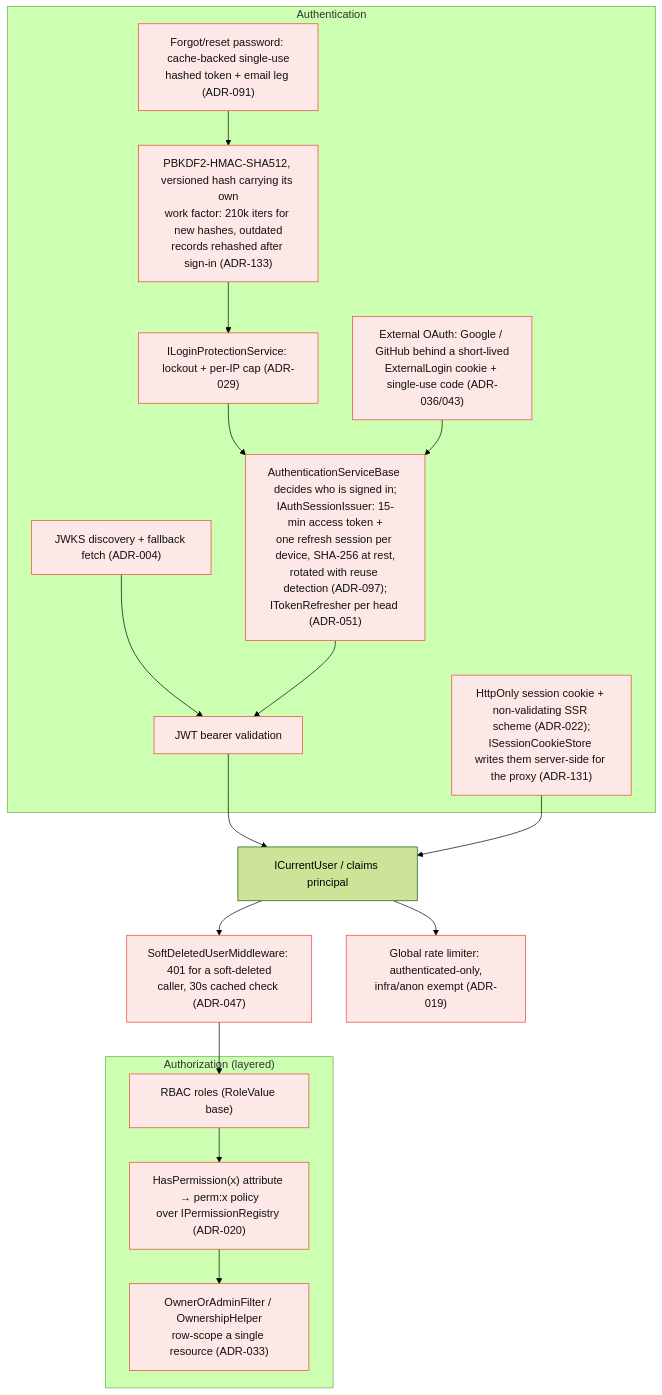
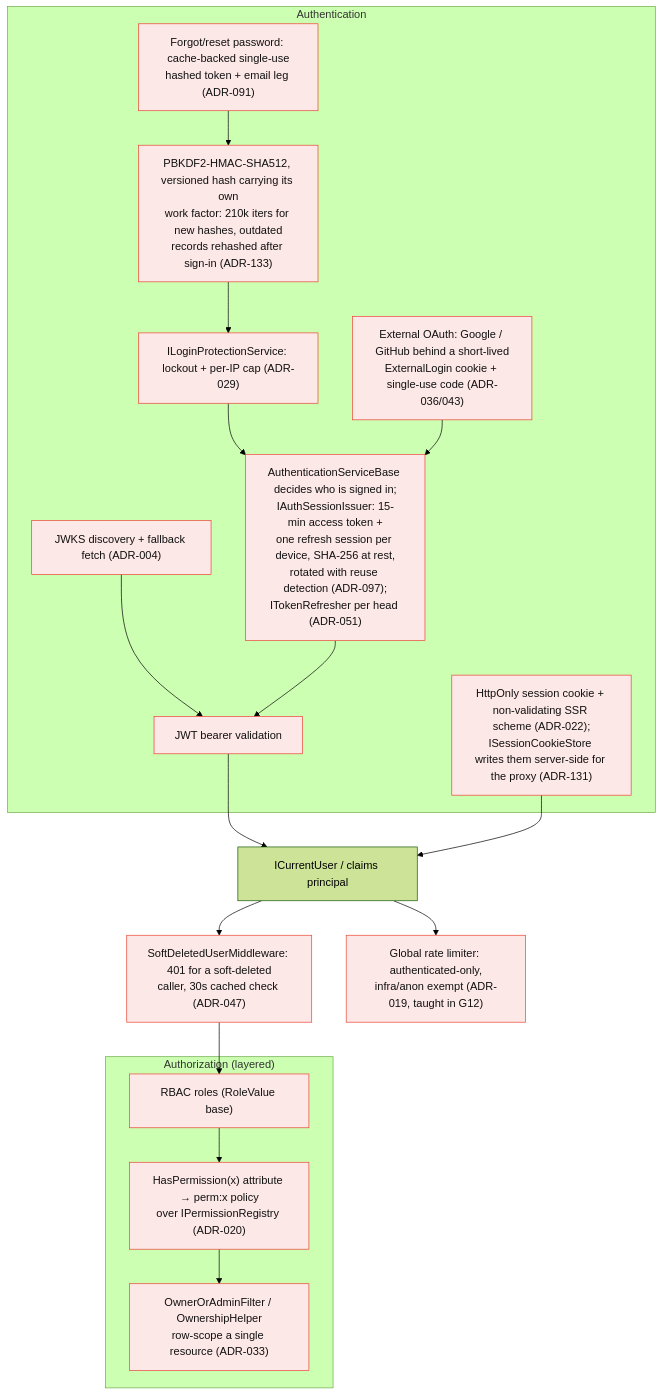
One commit to ivanball/ivanball.github.io changed the ninth of 15 diagrams in docs-src/onboarding/CONCEPT-MAPS.md. Above: the diagram before and after it, drawn with Mermaid (forest theme). The commit also changed other lines of this file and 83 other files, not shown here.

````diff
--- a/docs-src/onboarding/CONCEPT-MAPS.md
+++ b/docs-src/onboarding/CONCEPT-MAPS.md
@@ -558,39 +574,39 @@
 ```mermaid
 flowchart TD
     subgraph AUTHN["Authentication"]
         JWT["JWT bearer validation"]
         JWKS["JWKS discovery + fallback fetch (ADR-004)"]
         COOKIE["HttpOnly session cookie + non-validating SSR scheme (ADR-022);<br/>ISessionCookieStore writes them server-side for the proxy (ADR-131)"]
         HASH["PBKDF2-HMAC-SHA512, versioned hash carrying its own<br/>work factor: 210k iters for new hashes, outdated<br/>records rehashed after sign-in (ADR-133)"]
         LOGIN["ILoginProtectionService: lockout + per-IP cap (ADR-029)"]
         EXT["External OAuth: Google / GitHub behind a short-lived<br/>ExternalLogin cookie + single-use code (ADR-036/043)"]
         ROT["AuthenticationServiceBase decides who is signed in;<br/>IAuthSessionIssuer: 15-min access token +<br/>one refresh session per device, SHA-256 at rest,<br/>rotated with reuse detection (ADR-097);<br/>ITokenRefresher per head (ADR-051)"]
         RESET["Forgot/reset password: cache-backed single-use<br/>hashed token + email leg (ADR-091)"]
     end
 
     CU["ICurrentUser / claims principal"]
     REV["SoftDeletedUserMiddleware: 401 for a soft-deleted<br/>caller, 30s cached check (ADR-047)"]
 
     subgraph AUTHZ["Authorization (layered)"]
         RBAC["RBAC roles (RoleValue base)"]
         PERM["HasPermission(x) attribute → perm:x policy<br/>over IPermissionRegistry (ADR-020)"]
         OWN["OwnerOrAdminFilter / OwnershipHelper<br/>row-scope a single resource (ADR-033)"]
     end
 
-    RL["Global rate limiter: authenticated-only,<br/>infra/anon exempt (ADR-019)"]
+    RL["Global rate limiter: authenticated-only,<br/>infra/anon exempt (ADR-019, taught in G12)"]
 
     JWT --> CU
     JWKS --> JWT
     COOKIE --> CU
     HASH --> LOGIN
     RESET --> HASH
     LOGIN --> ROT
     EXT --> ROT
     ROT --> JWT
     CU --> REV
     REV --> RBAC --> PERM --> OWN
     CU --> RL
 
     classDef a fill:#fce8e6,stroke:#ea4335,color:#111
     class JWT,JWKS,COOKIE,HASH,LOGIN,EXT,ROT,RESET,REV,RBAC,PERM,OWN,RL a
 ```
````
